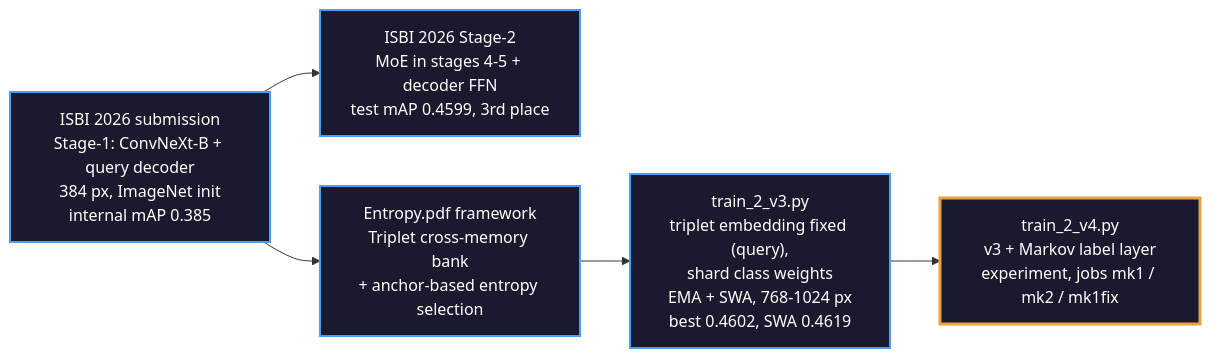
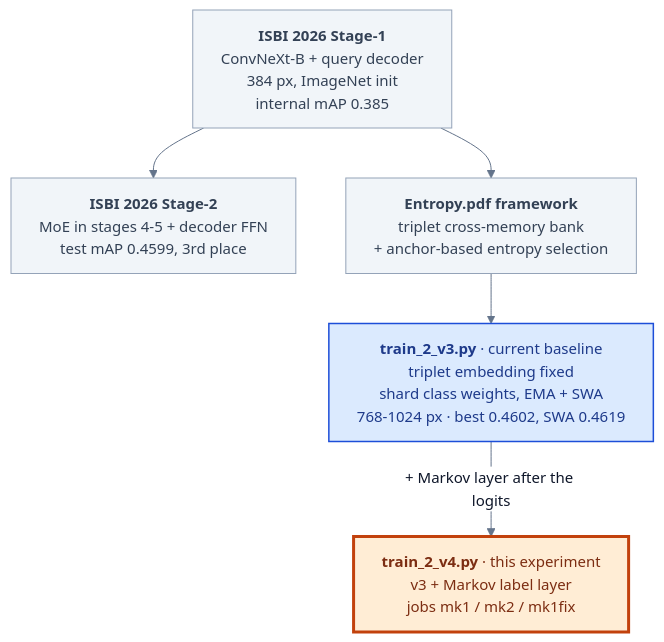
One commit to nhan03bit/ISBI_2026 changed the second of 7 diagrams in docs/markov-layer-architecture.md. Above: the diagram before and after it, drawn with Mermaid. The commit also changed other lines of this file and 1 other file, not shown here.

Commit message:
architecture

````diff
--- a/docs/markov-layer-architecture.md
+++ b/docs/markov-layer-architecture.md
@@ -25,17 +75,22 @@
 ```mermaid
-flowchart LR
-    A["ISBI 2026 submission<br/>Stage-1: ConvNeXt-B + query decoder<br/>384 px, ImageNet init<br/>internal mAP 0.385"]
-    B["ISBI 2026 Stage-2<br/>MoE in stages 4-5 + decoder FFN<br/>test mAP 0.4599, 3rd place"]
-    C["Entropy.pdf framework<br/>Triplet cross-memory bank<br/>+ anchor-based entropy selection"]
-    D["train_2_v3.py<br/>triplet embedding fixed (query),<br/>shard class weights<br/>EMA + SWA, 768-1024 px<br/>best 0.4602, SWA 0.4619"]
-    E["train_2_v4.py<br/>v3 + Markov label layer<br/>experiment, jobs mk1 / mk2 / mk1fix"]
+%%{init: {"theme": "base", "flowchart": {"wrappingWidth": 400, "padding": 14}, "themeVariables": {"fontSize": "15px", "lineColor": "#64748B", "primaryTextColor": "#0F172A", "edgeLabelBackground": "#FFFFFF", "clusterBkg": "#F8FAFC", "clusterBorder": "#CBD5E1", "titleColor": "#0F172A"}}}%%
+flowchart TB
+    A["<b>ISBI 2026 Stage-1</b><br/>ConvNeXt-B + query decoder<br/>384 px, ImageNet init<br/>internal mAP 0.385"]:::old
+    B["<b>ISBI 2026 Stage-2</b><br/>MoE in stages 4-5 + decoder FFN<br/>test mAP 0.4599, 3rd place"]:::old
+    C["<b>Entropy.pdf framework</b><br/>triplet cross-memory bank<br/>+ anchor-based entropy selection"]:::old
+    D["<b>train_2_v3.py</b> · current baseline<br/>triplet embedding fixed<br/>shard class weights, EMA + SWA<br/>768-1024 px · best 0.4602, SWA 0.4619"]:::v3
+    E["<b>train_2_v4.py</b> · this experiment<br/>v3 + Markov label layer<br/>jobs mk1 / mk2 / mk1fix"]:::new
     A --> B
     A --> C
     C --> D
-    D --> E
-    style A fill:#1a1a2e,stroke:#4a9eff,stroke-width:2px,color:#fff
-    style B fill:#1a1a2e,stroke:#4a9eff,stroke-width:2px,color:#fff
-    style C fill:#1a1a2e,stroke:#4a9eff,stroke-width:2px,color:#fff
-    style D fill:#1a1a2e,stroke:#4a9eff,stroke-width:2px,color:#fff
-    style E fill:#1a1a2e,stroke:#e8a33d,stroke-width:3px,color:#fff
+    D -->|"+ Markov layer after the logits"| E
+
+    classDef v3 fill:#DBEAFE,stroke:#1D4ED8,stroke-width:1.5px,color:#1E3A8A
+    classDef new fill:#FFEDD5,stroke:#C2410C,stroke-width:3px,color:#7C2D12
+    classDef data fill:#FFFFFF,stroke:#64748B,stroke-width:1px,color:#0F172A
+    classDef loss fill:#EDE9FE,stroke:#6D28D9,stroke-width:1.5px,color:#4C1D95
+    classDef aux fill:#F1F5F9,stroke:#94A3B8,stroke-width:1px,stroke-dasharray:5 4,color:#475569
+    classDef warn fill:#FEE2E2,stroke:#B91C1C,stroke-width:2px,stroke-dasharray:5 4,color:#7F1D1D
+    classDef old fill:#F1F5F9,stroke:#94A3B8,stroke-width:1px,color:#334155
+    classDef tail fill:#DCFCE7,stroke:#15803D,stroke-width:2.5px,color:#14532D
 ```
````
